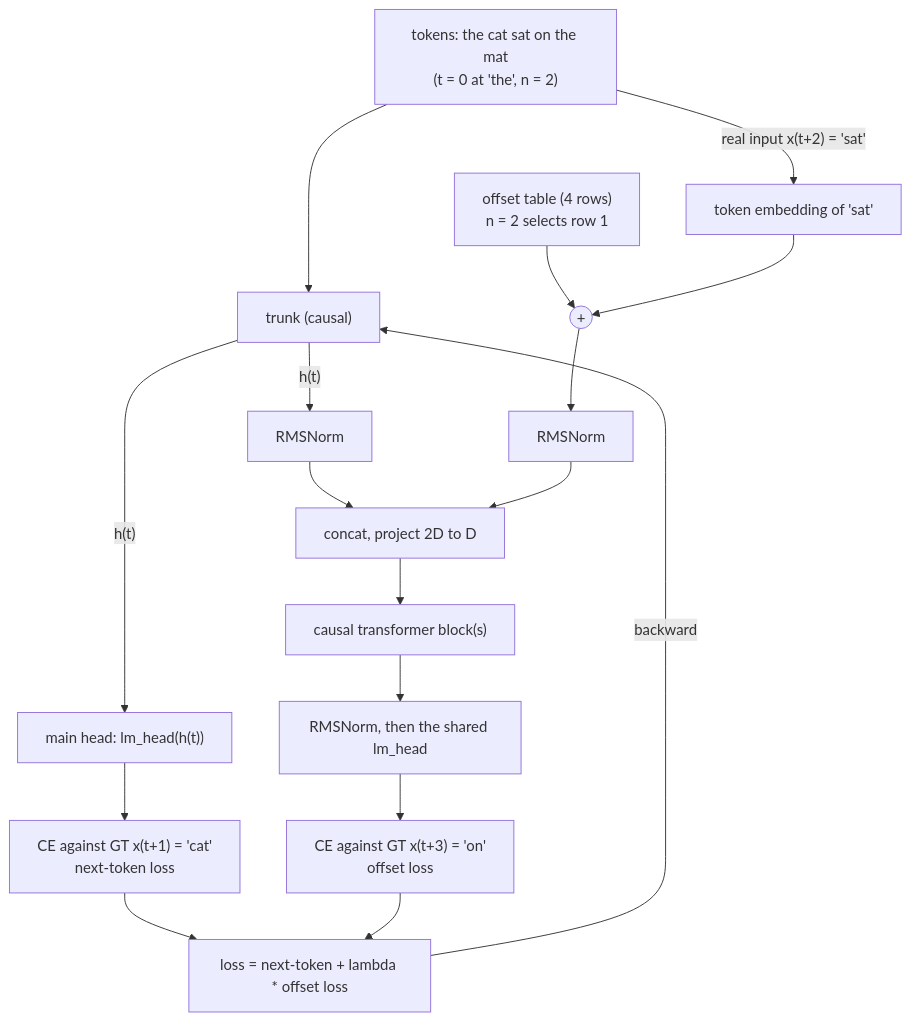
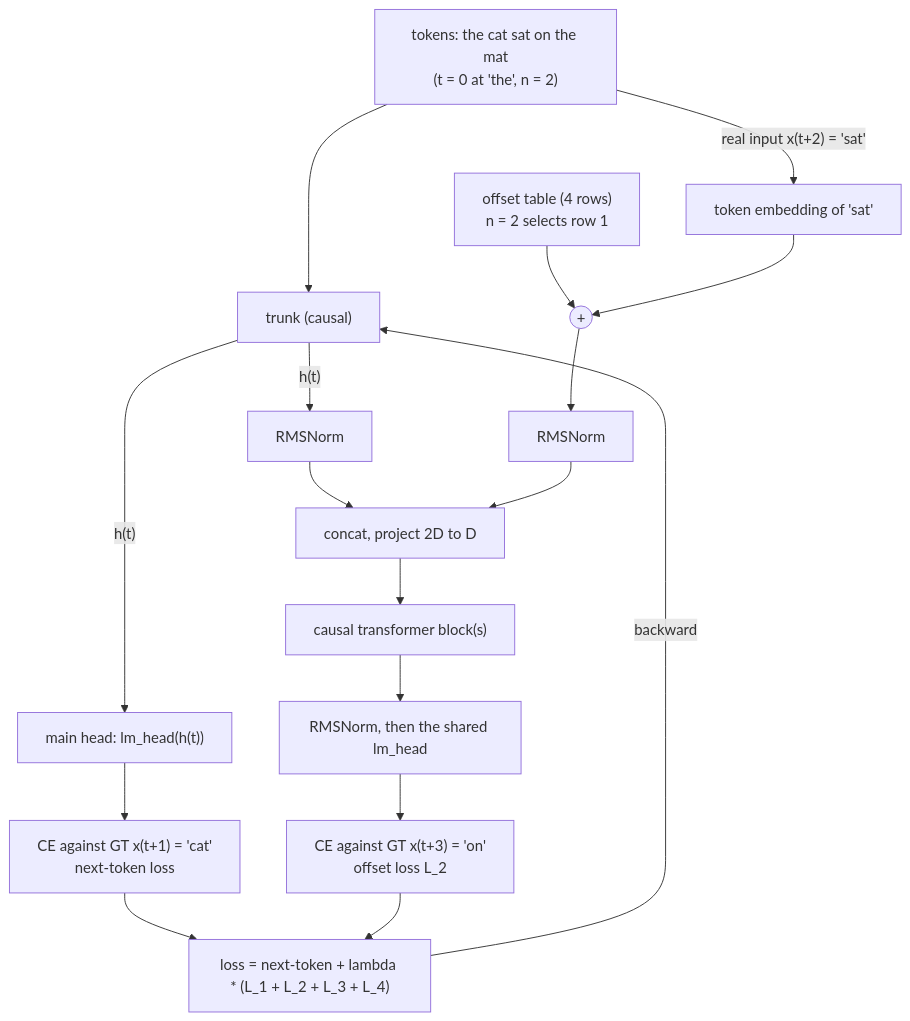
One commit to basaanithanaveenkumar/Hale-LLM changed the tenth of 10 diagrams in docs/mtp.md. Above: the diagram before and after it, drawn with Mermaid. The commit also changed other lines of this file and 14 other files, not shown here.

First line of the commit message:
feat: stratified offsets over the global batch and a summed (not averaged) offset loss

````diff
--- a/docs/mtp.md
+++ b/docs/mtp.md
@@ -379,19 +383,19 @@
 ```mermaid
 flowchart TD
   X["tokens: the cat sat on the mat<br/>(t = 0 at 'the', n = 2)"] --> TR["trunk (causal)"]
   TR -->|"h(t)"| MH["main head: lm_head(h(t))"]
   MH --> L1["CE against GT x(t+1) = 'cat'<br/>next-token loss"]
   TR -->|"h(t)"| NH["RMSNorm"]
   X -->|"real input x(t+2) = 'sat'"| EM["token embedding of 'sat'"]
   OFF["offset table (4 rows)<br/>n = 2 selects row 1"] --> ADD(("+"))
   EM --> ADD
   ADD --> NE["RMSNorm"]
   NH --> CAT["concat, project 2D to D"]
   NE --> CAT
   CAT --> BLK["causal transformer block(s)"]
   BLK --> OH["RMSNorm, then the shared lm_head"]
-  OH --> L2["CE against GT x(t+3) = 'on'<br/>offset loss"]
-  L1 --> SUM["loss = next-token + lambda * offset loss"]
+  OH --> L2["CE against GT x(t+3) = 'on'<br/>offset loss L_2"]
+  L1 --> SUM["loss = next-token + lambda * (L_1 + L_2 + L_3 + L_4)"]
   L2 --> SUM
   SUM -->|"backward"| TR
 ```
````
